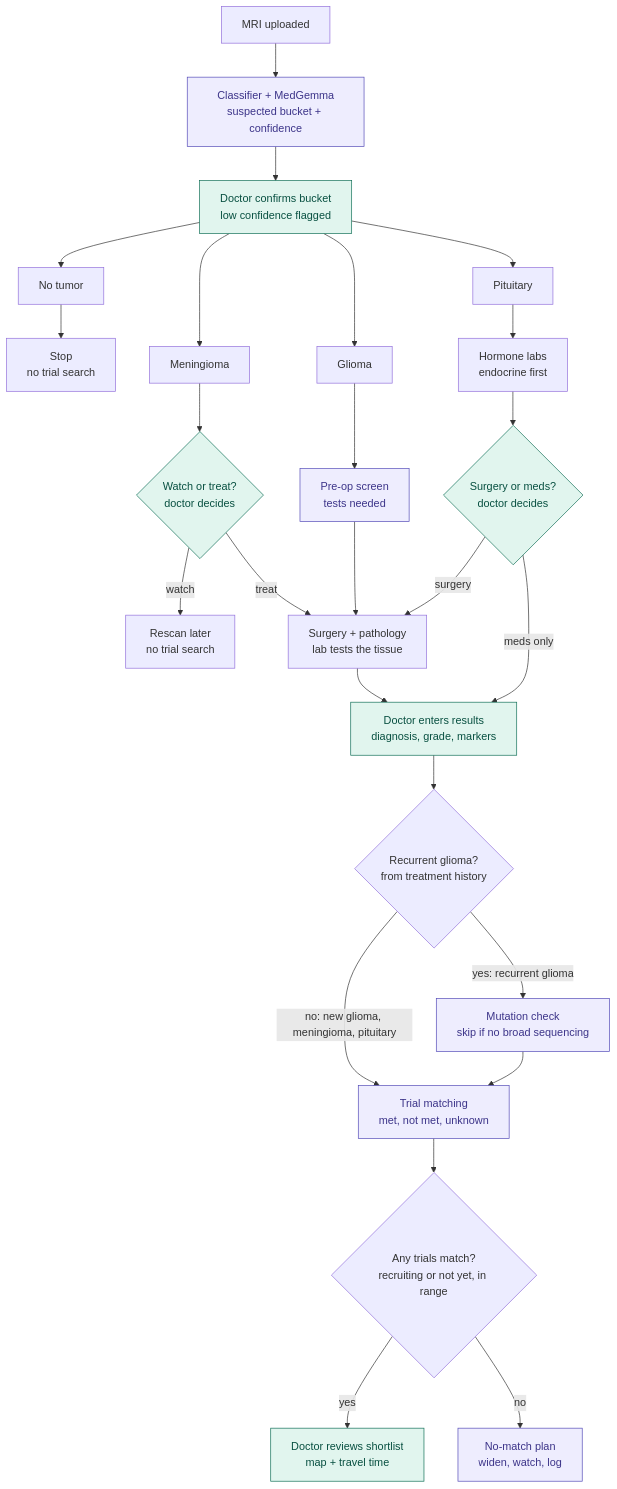
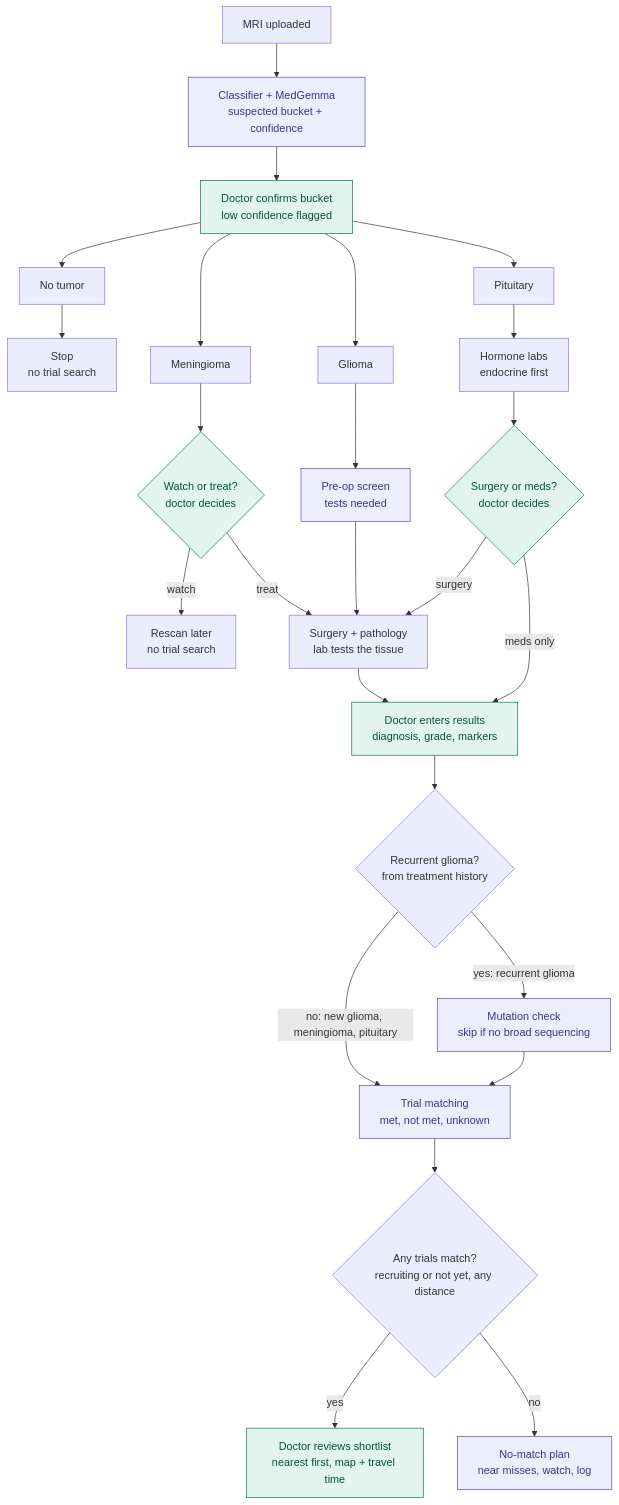
Before and after one commit to mohjique/cortexa: the diagram in README.md, drawn with Mermaid. The commit also changed 24 other files, not shown here.

First line of the commit message:
Remove the trial distance cutoff; rank shortlist nearest first (#31)

````diff
--- a/README.md
+++ b/README.md
@@ -18,31 +18,31 @@
 ```mermaid
 flowchart TD
     A[MRI uploaded] --> B["Classifier + MedGemma<br/>suspected bucket + confidence"]
     B --> C["Doctor confirms bucket<br/>low confidence flagged"]
 
     C --> NT[No tumor] --> STOP["Stop<br/>no trial search"]
     C --> MEN[Meningioma] --> WT{"Watch or treat?<br/>doctor decides"}
     WT -- watch --> RESCAN["Rescan later<br/>no trial search"]
     WT -- treat --> SP
     C --> GL[Glioma] --> PRE["Pre-op screen<br/>tests needed"]
     PRE --> SP
     C --> PIT[Pituitary] --> HL["Hormone labs<br/>endocrine first"]
     HL --> SM{"Surgery or meds?<br/>doctor decides"}
     SM -- surgery --> SP
     SM -- "meds only" --> DR
 
     SP["Surgery + pathology<br/>lab tests the tissue"] --> DR["Doctor enters results<br/>diagnosis, grade, markers"]
     DR --> REC{"Recurrent glioma?<br/>from treatment history"}
     REC -- "no: new glioma, meningioma, pituitary" --> TM
     REC -- "yes: recurrent glioma" --> MC["Mutation check<br/>skip if no broad sequencing"]
     MC --> TM
 
-    TM["Trial matching<br/>met, not met, unknown"] --> ANY{"Any trials match?<br/>recruiting or not yet, in range"}
-    ANY -- yes --> SL["Doctor reviews shortlist<br/>map + travel time"]
-    ANY -- no --> NM["No-match plan<br/>widen, watch, log"]
+    TM["Trial matching<br/>met, not met, unknown"] --> ANY{"Any trials match?<br/>recruiting or not yet, any distance"}
+    ANY -- yes --> SL["Doctor reviews shortlist<br/>nearest first, map + travel time"]
+    ANY -- no --> NM["No-match plan<br/>near misses, watch, log"]
 
     classDef ai fill:#EEEDFE,stroke:#534AB7,color:#3C3489
     classDef doc fill:#E1F5EE,stroke:#0F6E56,color:#085041
     class B,PRE,MC,TM,NM ai
     class C,WT,SM,DR,SL doc
 ```
````
